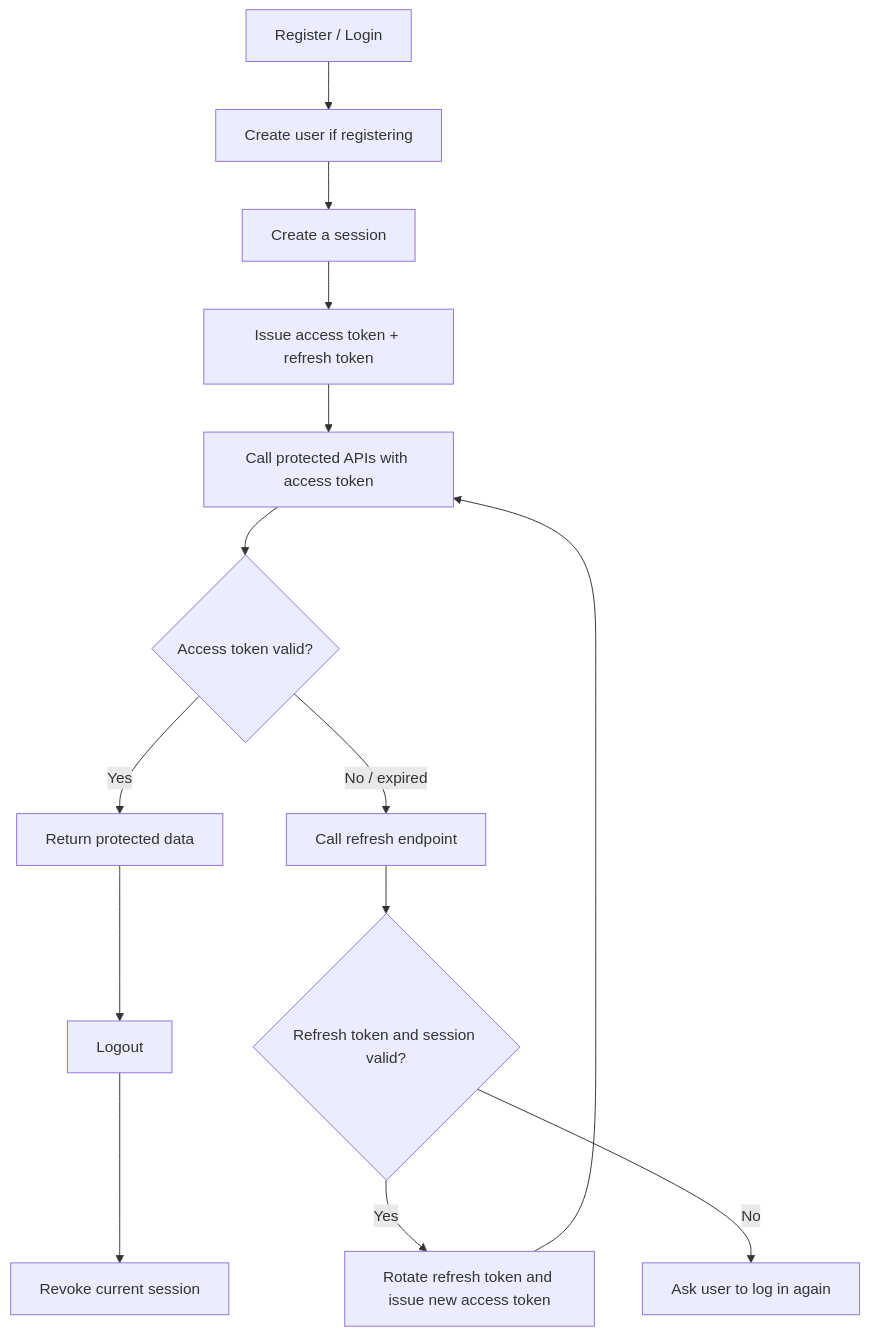
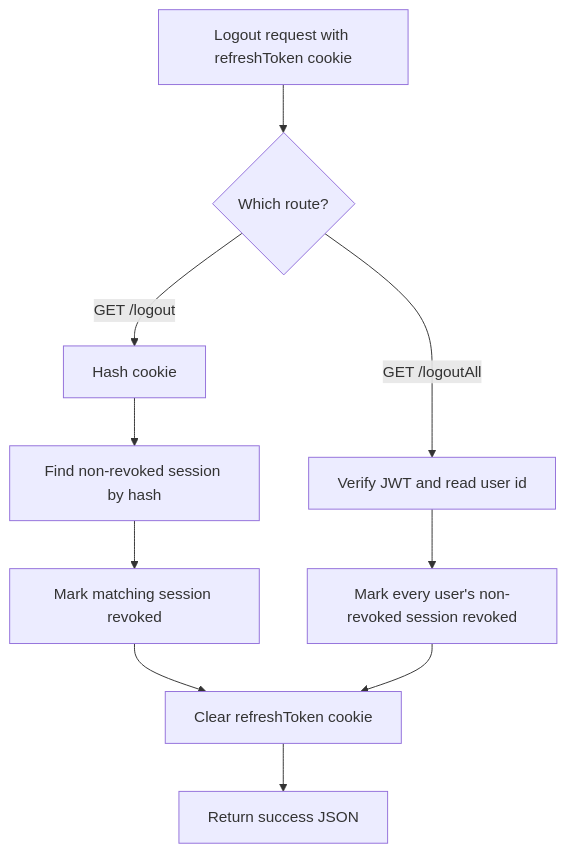
One commit to samroz-burhan/authentication-system-backend changed the seventh of 7 diagrams in README.md. Above: the diagram before and after it, drawn with Mermaid. The commit also changed other lines of this file, not shown here.

````diff
--- a/README.md
+++ b/README.md
@@ -192,16 +344,12 @@
 ```mermaid
 flowchart TD
-    A["Register / Login"] --> B["Create user if registering"]
-    B --> C["Create a session"]
-    C --> D["Issue access token + refresh token"]
-    D --> E["Call protected APIs with access token"]
-    E --> F{"Access token valid?"}
-    F -->|Yes| G["Return protected data"]
-    F -->|No / expired| H["Call refresh endpoint"]
-    H --> I{"Refresh token and session valid?"}
-    I -->|Yes| J["Rotate refresh token and issue new access token"]
-    J --> E
-    I -->|No| K["Ask user to log in again"]
-    G --> L["Logout"]
-    L --> M["Revoke current session"]
+    Start["Logout request with refreshToken cookie"] --> Which{"Which route?"}
+    Which -->|GET /logout| Hash["Hash cookie"]
+    Hash --> Find["Find non-revoked session by hash"]
+    Find --> RevokeOne["Mark matching session revoked"]
+    Which -->|GET /logoutAll| Verify["Verify JWT and read user id"]
+    Verify --> RevokeAll["Mark every user's non-revoked session revoked"]
+    RevokeOne --> Clear["Clear refreshToken cookie"]
+    RevokeAll --> Clear
+    Clear --> Done["Return success JSON"]
 ```
````
